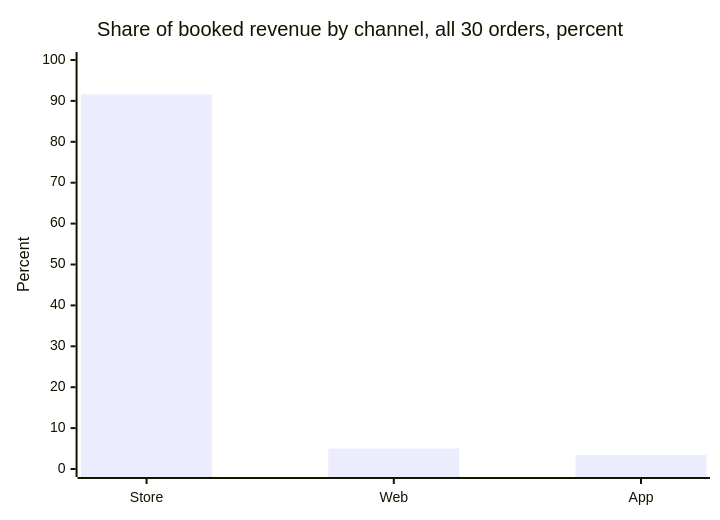
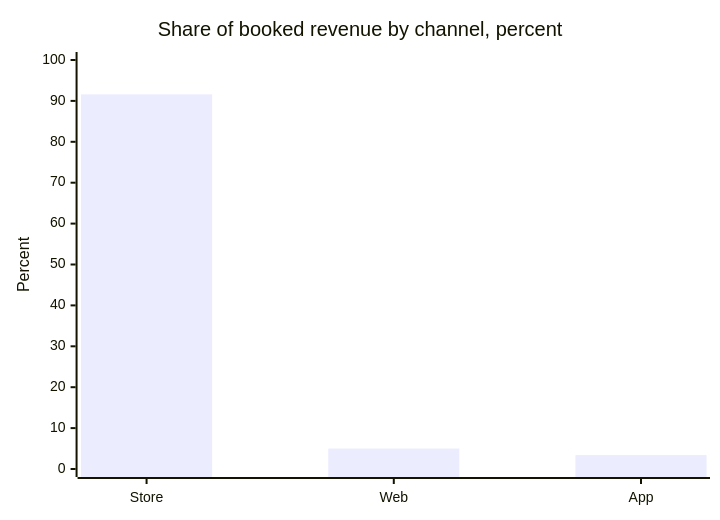
One commit to fde-academy-lab/c2-content-factory changed diagram 15 of 20 in content/W01/D1/slides/C2_W01_D01_half2_STUDENT.md. Above: the diagram before and after it, drawn with Mermaid. The commit also changed other lines of this file and 3 other files, not shown here.

````diff
--- a/content/W01/D1/slides/C2_W01_D01_half2_STUDENT.md
+++ b/content/W01/D1/slides/C2_W01_D01_half2_STUDENT.md
@@ -906,7 +908,7 @@
 ```mermaid
 xychart-beta
-    title "Share of booked revenue by channel, all 30 orders, percent"
+    title "Share of booked revenue by channel, percent"
     x-axis ["Store", "Web", "App"]
     y-axis "Percent" 0 --> 100
-    bar [91.6, 5.0, 3.4]
+    bar "all 30 orders" [91.6, 5.0, 3.4]
 ```
````
